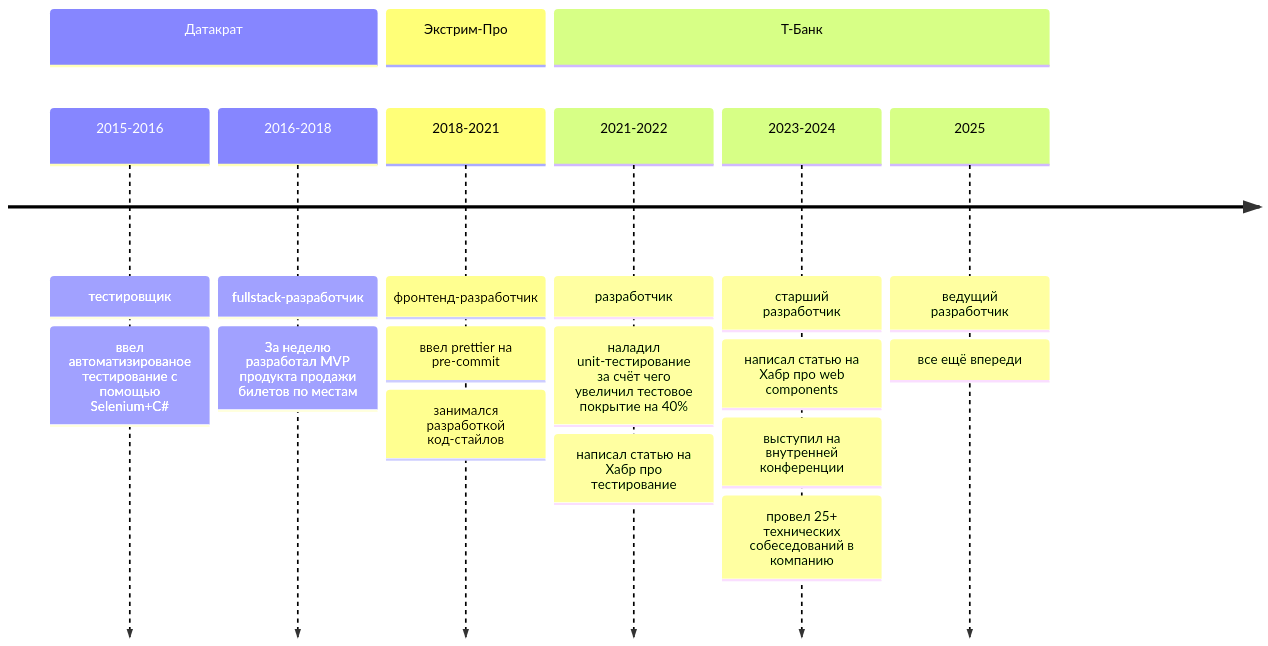
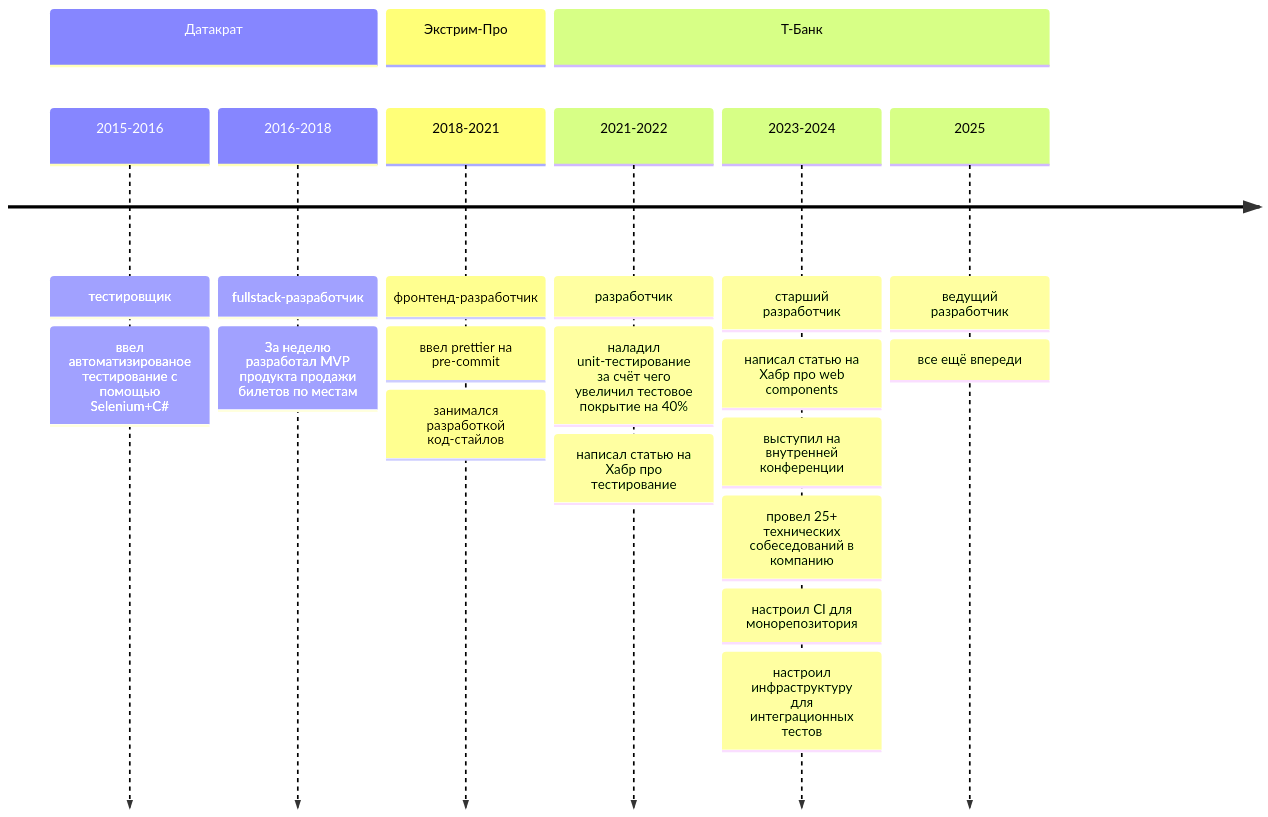
One commit to Goodzonchik/Goodzonchik changed the first of 3 diagrams in README.md. Above: the diagram before and after it, drawn with Mermaid. The commit also changed other lines of this file, not shown here.

````diff
--- a/README.md
+++ b/README.md
@@ -7,22 +7,24 @@
 ```mermaid
 timeline
     section Датакрат
         2015-2016 : тестировщик
              : ввел автоматизированое тестирование с помощью Selenium+C#
         2016-2018 : fullstack-разработчик
                   : За неделю разработал MVP продукта продажи билетов по местам
     section Экстрим-Про
         2018-2021 : фронтенд-разработчик
                   : ввел prettier на pre-commit
                   : занимался разработкой код-стайлов
     section Т-Банк
         2021-2022 : разработчик
                   : наладил unit-тестирование за счёт чего увеличил тестовое покрытие на 40%
                   : написал статью на Хабр про тестирование
         2023-2024 : старший разработчик
                   : написал статью на Хабр про web components
                   : выступил на внутренней конференции
                   : провел 25+ технических собеседований в компанию
+                  : настроил CI для монорепозитория
+                  : настроил инфраструктуру для интеграционных тестов
         2025      : ведущий разработчик
                   : все ещё впереди
 ```
````
